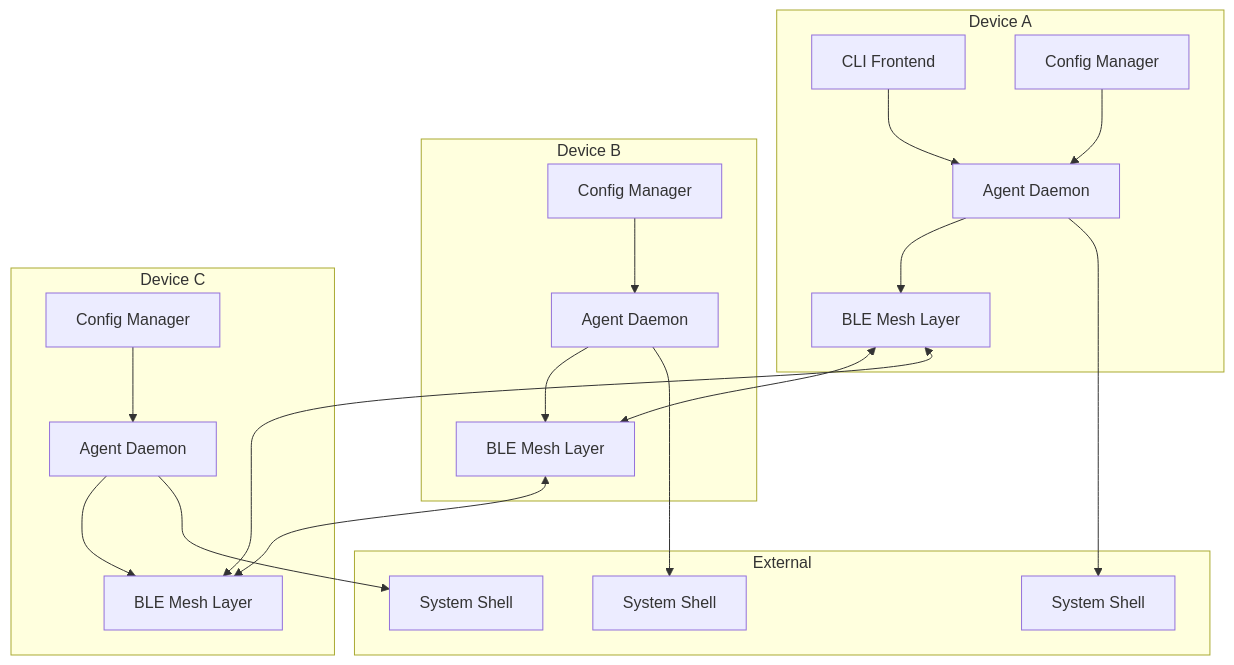
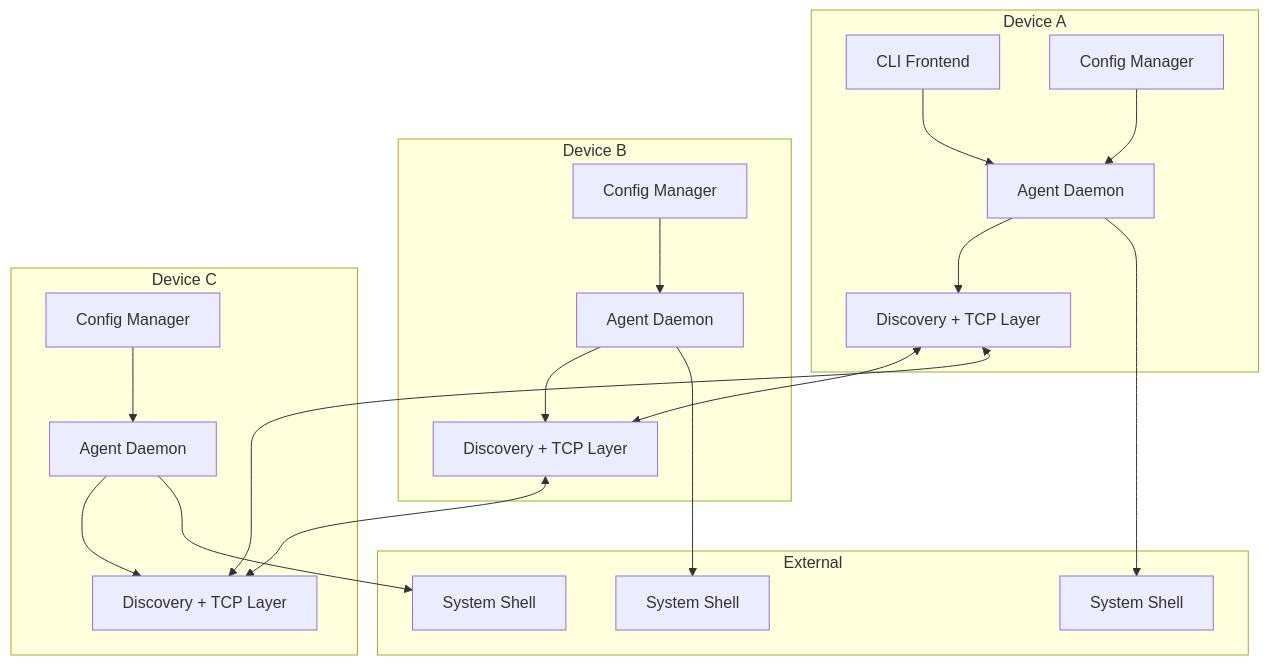
One commit to Monster0506/meshexec-dev changed the diagram in design.md. Above: the diagram before and after it, drawn with Mermaid. The commit also changed other lines of this file and 4 other files, not shown here.

Commit message:
Re-write documentation with references to TCP instead of BLE

````diff
--- a/design.md
+++ b/design.md
@@ -9,45 +9,45 @@
 ```mermaid
 graph TB
     subgraph "Device A"
         CLI_A[CLI Frontend]
         Agent_A[Agent Daemon]
-        BLE_A[BLE Mesh Layer]
+        NET_A[Discovery + TCP Layer]
         Config_A[Config Manager]
         
         CLI_A --> Agent_A
-        Agent_A --> BLE_A
+        Agent_A --> NET_A
         Config_A --> Agent_A
     end
     
     subgraph "Device B"
         Agent_B[Agent Daemon]
-        BLE_B[BLE Mesh Layer]
+        NET_B[Discovery + TCP Layer]
         Config_B[Config Manager]
         
-        Agent_B --> BLE_B
+        Agent_B --> NET_B
         Config_B --> Agent_B
     end
     
     subgraph "Device C"
         Agent_C[Agent Daemon]
-        BLE_C[BLE Mesh Layer]
+        NET_C[Discovery + TCP Layer]
         Config_C[Config Manager]
         
-        Agent_C --> BLE_C
+        Agent_C --> NET_C
         Config_C --> Agent_C
     end
     
-    BLE_A <--> BLE_B
-    BLE_B <--> BLE_C
-    BLE_A <--> BLE_C
+    NET_A <--> NET_B
+    NET_B <--> NET_C
+    NET_A <--> NET_C
     
     subgraph "External"
         Shell_A[System Shell]
         Shell_B[System Shell]
         Shell_C[System Shell]
     end
     
     Agent_A --> Shell_A
     Agent_B --> Shell_B
     Agent_C --> Shell_C
 ```
````
